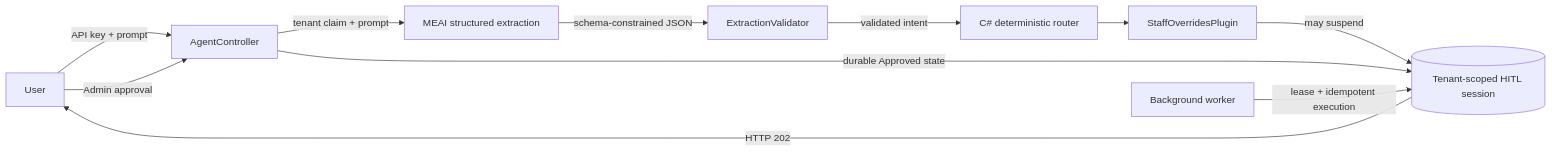
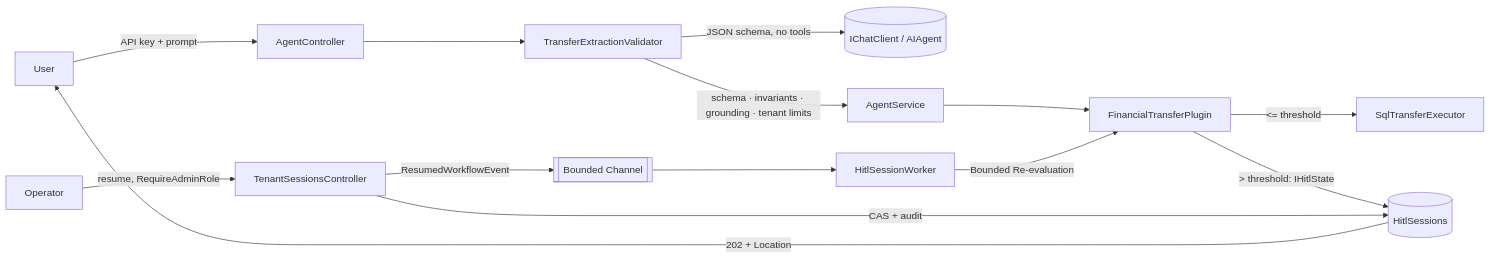
One commit to emimaldo/agentic-workflow-poc changed the diagram in README.md. Above: the diagram before and after it, drawn with Mermaid. The commit also changed other lines of this file and 1 other file, not shown here.

First line of the commit message:
docs: README for the FinTech flow; manuscript errata in CLAUDE.md

````diff
--- a/README.md
+++ b/README.md
@@ -101,13 +125,16 @@
 ```mermaid
 flowchart LR
   User -->|API key + prompt| API[AgentController]
-  API -->|tenant claim + prompt| Extractor[MEAI structured extraction]
-  Extractor -->|schema-constrained JSON| Validator[ExtractionValidator]
-  Validator -->|validated intent| Router[C# deterministic router]
-  Router --> Plugin[StaffOverridesPlugin]
-  Plugin -->|may suspend| HITL[(Tenant-scoped HITL session)]
-  HITL -->|HTTP 202| User
-  User -->|Admin approval| API
-  API -->|durable Approved state| HITL
-  Worker[Background worker] -->|lease + idempotent execution| HITL
+  API --> Validator[TransferExtractionValidator]
+  Validator -->|JSON schema, no tools| LLM[(IChatClient / AIAgent)]
+  Validator -->|schema · invariants · grounding · tenant limits| Router[AgentService]
+  Router --> Plugin[FinancialTransferPlugin]
+  Plugin -->|<= threshold| Exec[SqlTransferExecutor]
+  Plugin -->|> threshold: IHitlState| HITL[(HitlSessions)]
+  HITL -->|202 + Location| User
+  Operator -->|resume, RequireAdminRole| Sessions[TenantSessionsController]
+  Sessions -->|CAS + audit| HITL
+  Sessions -->|ResumedWorkflowEvent| Channel[[Bounded Channel]]
+  Channel --> Worker[HitlSessionWorker]
+  Worker -->|Bounded Re-evaluation| Plugin
 ```
````
